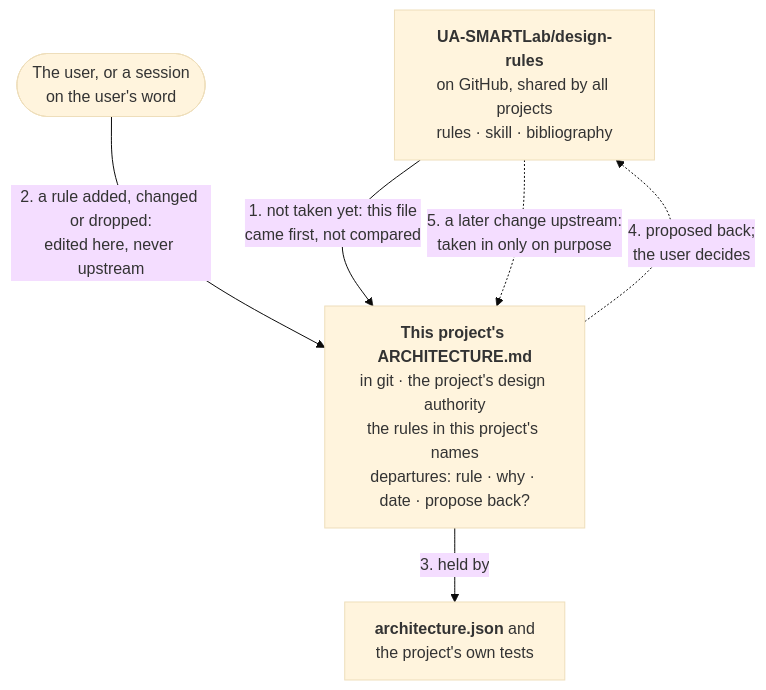
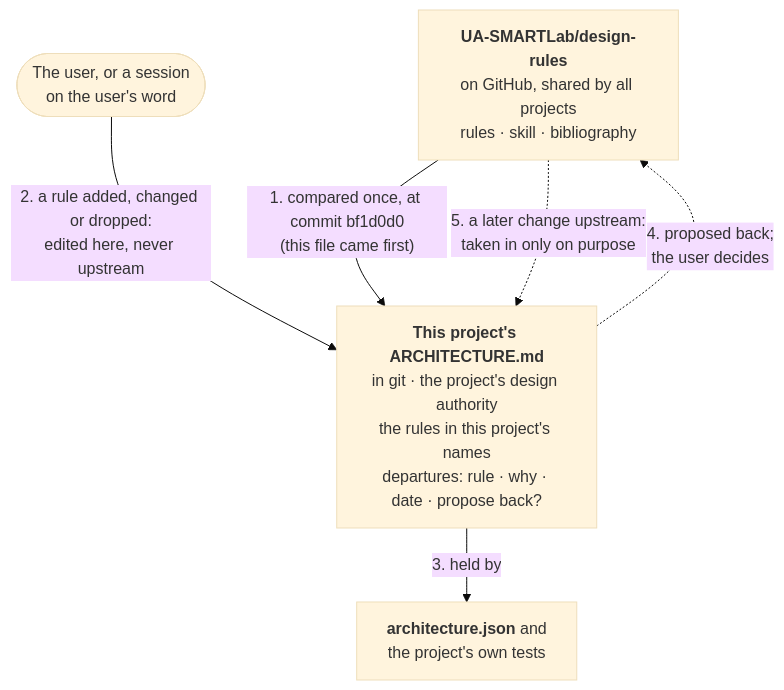
Before and after one commit to Abdulhamid-Baghdadi/library-studio: the diagram in ARCHITECTURE.md, drawn with Mermaid (base theme). The commit also changed other lines of this file, not shown here.

Commit message:
ARCHITECTURE.md compared with the design rules at bf1d0d0: what agrees, four departures to do, the UI rules not yet compared

````diff
--- a/ARCHITECTURE.md
+++ b/ARCHITECTURE.md
@@ -29,13 +28,13 @@
 ```mermaid
 flowchart TD
     DR["<b>UA-SMARTLab/design-rules</b><br/>on GitHub, shared by all projects<br/>rules · skill · bibliography"]
     AR["<b>This project's ARCHITECTURE.md</b><br/>in git · the project's design authority<br/>the rules in this project's names<br/>departures: rule · why · date · propose back?"]
     CH["<b>architecture.json</b> and<br/>the project's own tests"]
     US(["The user, or a session<br/>on the user's word"])
 
-    DR -- "1. not taken yet: this file<br/>came first, not compared" --> AR
+    DR -- "1. compared once, at commit bf1d0d0<br/>(this file came first)" --> AR
     US -- "2. a rule added, changed or dropped:<br/>edited here, never upstream" --> AR
     AR -- "3. held by" --> CH
     AR -. "4. proposed back;<br/>the user decides" .-> DR
     DR -. "5. a later change upstream:<br/>taken in only on purpose" .-> AR
 ```
````
